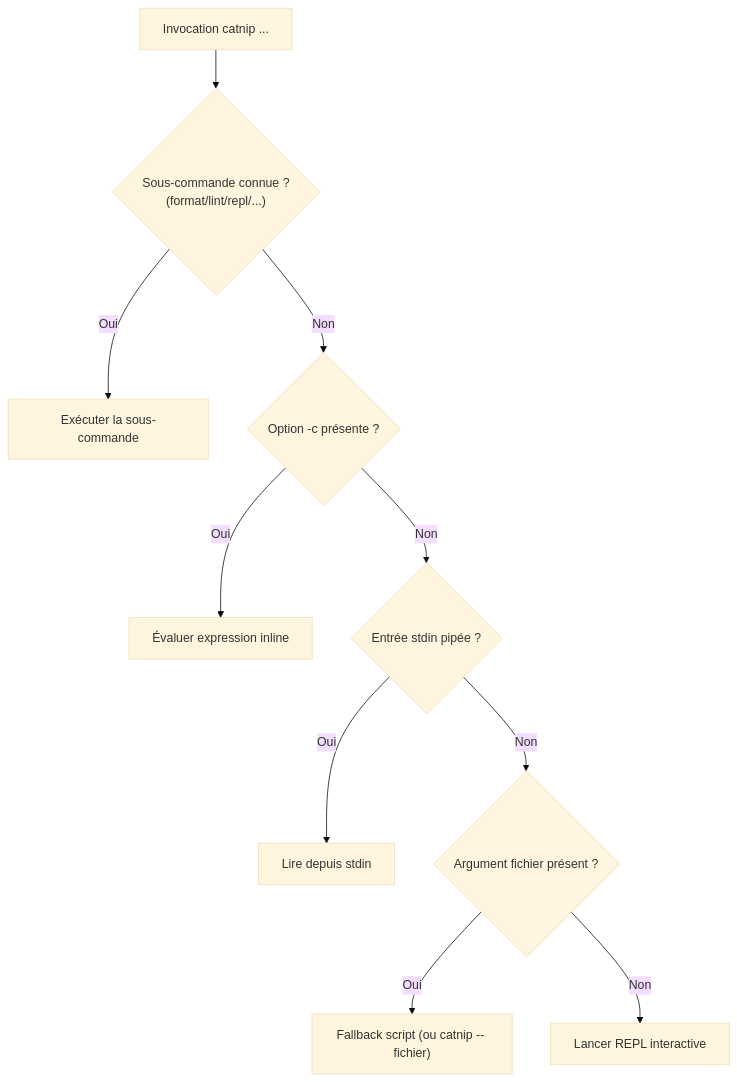
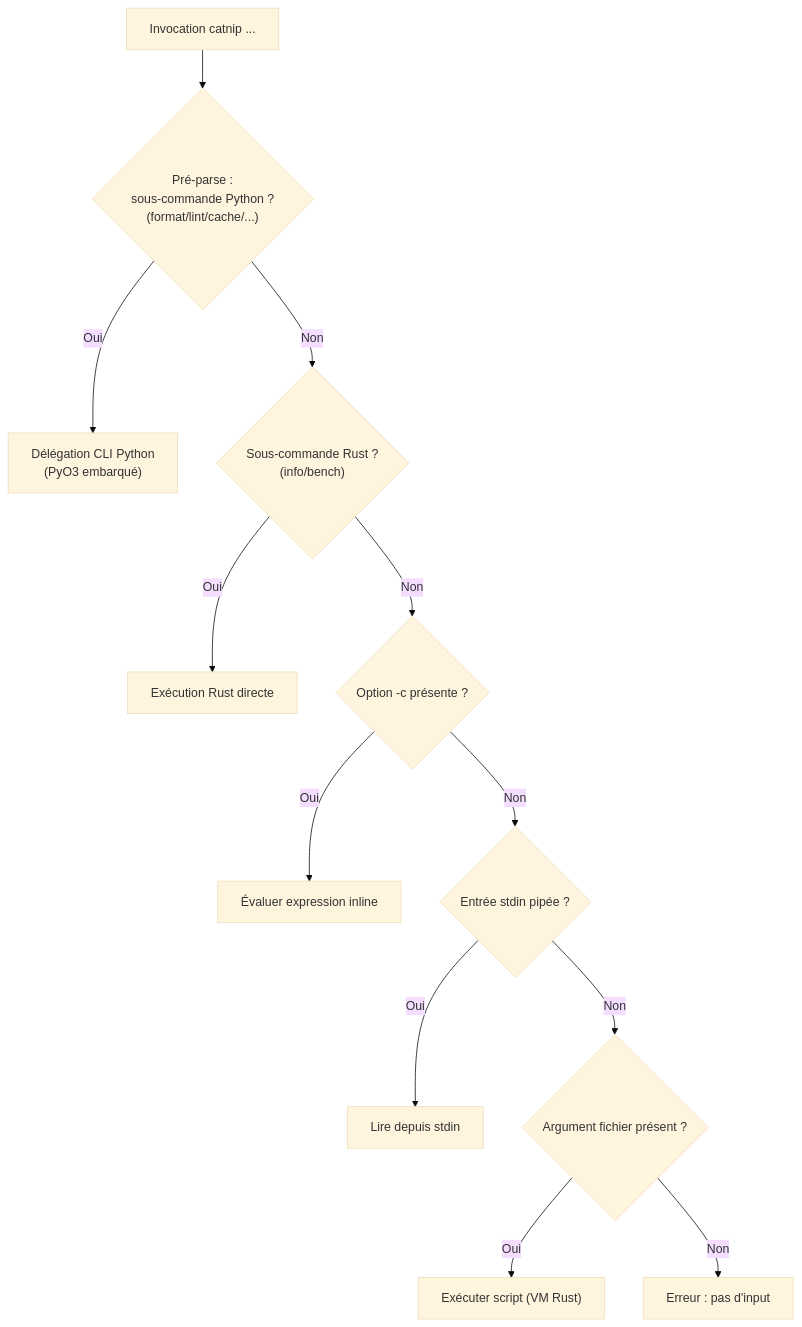
Before and after one commit to aristofor/catnip: the diagram in docs/user/CLI.md, drawn with Mermaid (base theme). The commit also changed other lines of this file and 729 other files, not shown here.

````diff
--- a/docs/user/CLI.md
+++ b/docs/user/CLI.md
@@ -1195,12 +1246,14 @@
 ```mermaid
 flowchart TD
-    A["Invocation catnip ..."] --> B{"Sous-commande connue ?<br/>(format/lint/repl/...) "}
-    B -->|Oui| C["Exécuter la sous-commande"]
-    B -->|Non| D{"Option -c présente ?"}
-    D -->|Oui| E["Évaluer expression inline"]
-    D -->|Non| F{"Entrée stdin pipée ?"}
-    F -->|Oui| G["Lire depuis stdin"]
-    F -->|Non| H{"Argument fichier présent ?"}
-    H -->|Oui| I["Fallback script (ou catnip -- fichier)"]
-    H -->|Non| J["Lancer REPL interactive"]
+    A["Invocation catnip ..."] --> B{"Pré-parse :<br/>sous-commande Python ?<br/>(format/lint/cache/...)"}
+    B -->|Oui| C["Délégation CLI Python<br/>(PyO3 embarqué)"]
+    B -->|Non| D{"Sous-commande Rust ?<br/>(info/bench)"}
+    D -->|Oui| E["Exécution Rust directe"]
+    D -->|Non| F{"Option -c présente ?"}
+    F -->|Oui| G["Évaluer expression inline"]
+    F -->|Non| H{"Entrée stdin pipée ?"}
+    H -->|Oui| I["Lire depuis stdin"]
+    H -->|Non| J{"Argument fichier présent ?"}
+    J -->|Oui| K["Exécuter script (VM Rust)"]
+    J -->|Non| L["Erreur : pas d'input"]
 ```
````
